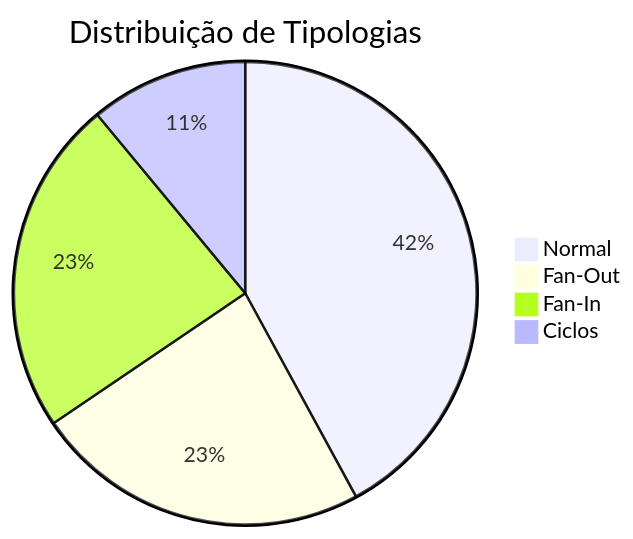
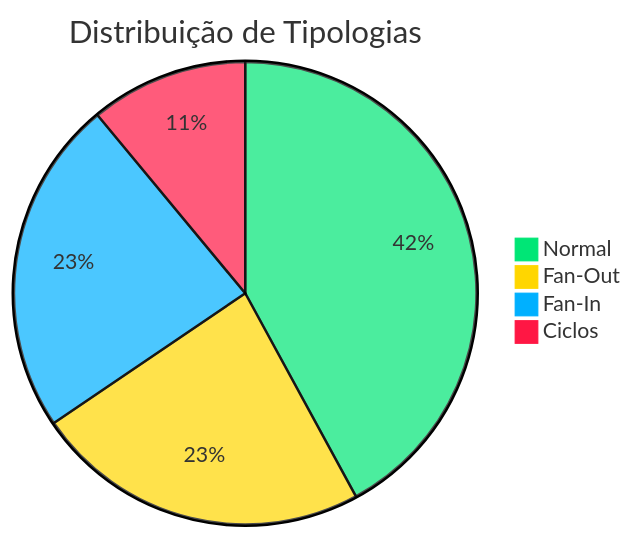
Diagram 14 of 14 in README.md (gregorizeidler/aml-graphs-detection-system), drawn with Mermaid before and after one commit. The commit also changed other lines of this file, not shown here.

````diff
--- a/README.md
+++ b/README.md
@@ -914,7 +932,8 @@
 ```mermaid
+%%{init: {'theme':'base', 'themeVariables': { 'pie1':'#00E676', 'pie2':'#FFD600', 'pie3':'#00B0FF', 'pie4':'#FF1744'}}}%%
 pie title Distribuição de Tipologias
     "Normal" : 8500
     "Fan-Out" : 4740
     "Fan-In" : 4742
     "Ciclos" : 2227
 ```
````
